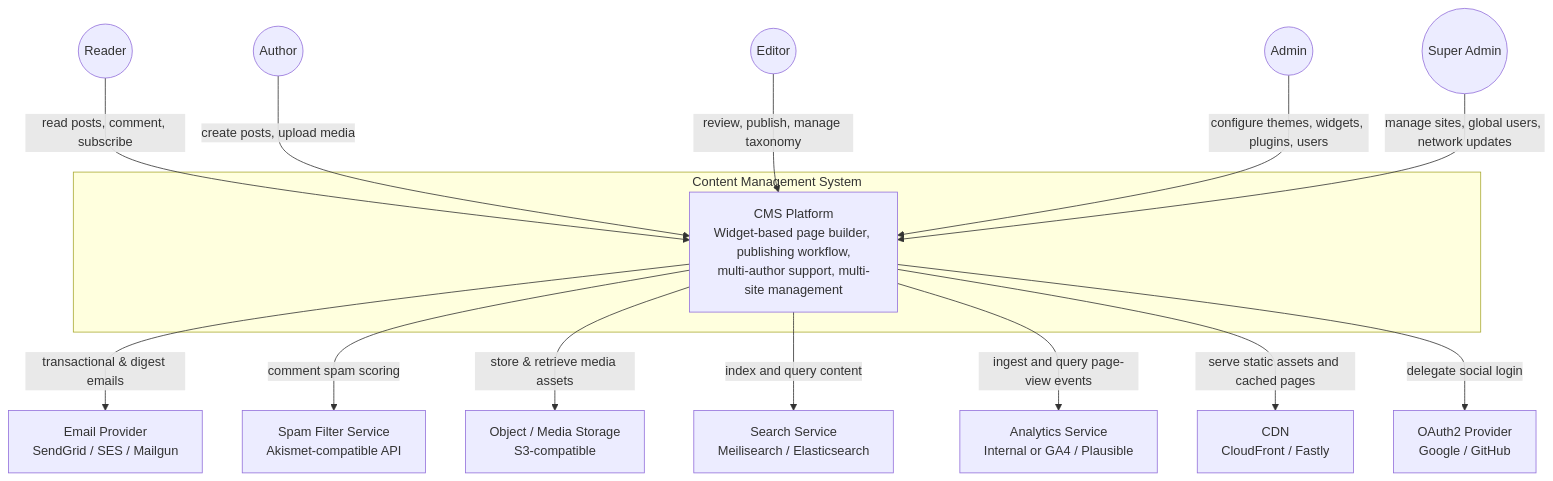
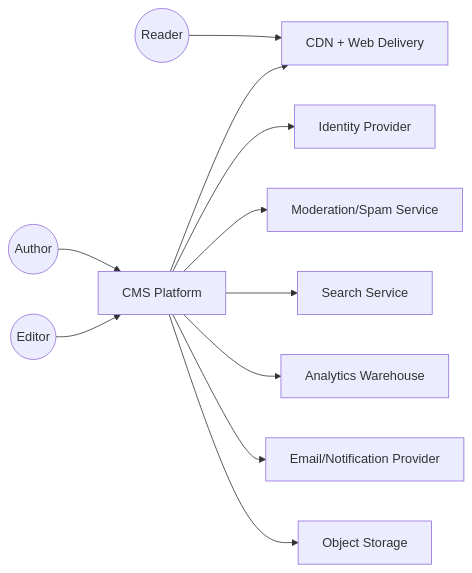
Before and after one commit to 0Ankit0/Project-Ideas: the diagram in Content Management System/analysis/system-context-diagram.md, drawn with Mermaid. The commit also changed other lines of this file and 35 other files, not shown here.

Commit message:
Deepen CMS docs with mermaid diagrams and implementation detail

````diff
--- a/Content Management System/analysis/system-context-diagram.md
+++ b/Content Management System/analysis/system-context-diagram.md
@@ -10,34 +7,13 @@
 ```mermaid
-graph TB
-    Reader((Reader))
-    Author((Author))
-    Editor((Editor))
-    Admin((Admin))
-    SuperAdmin((Super Admin))
-
-    subgraph "Content Management System"
-        CMS[CMS Platform<br>Widget-based page builder, publishing workflow,<br>multi-author support, multi-site management]
-    end
-
-    EmailProvider[Email Provider<br>SendGrid / SES / Mailgun]
-    SpamFilter[Spam Filter Service<br>Akismet-compatible API]
-    MediaStorage[Object / Media Storage<br>S3-compatible]
-    SearchService[Search Service<br>Meilisearch / Elasticsearch]
-    Analytics[Analytics Service<br>Internal or GA4 / Plausible]
-    CDN[CDN<br>CloudFront / Fastly]
-    OAuth[OAuth2 Provider<br>Google / GitHub]
-
-    Reader -->|read posts, comment, subscribe| CMS
-    Author -->|create posts, upload media| CMS
-    Editor -->|review, publish, manage taxonomy| CMS
-    Admin -->|configure themes, widgets, plugins, users| CMS
-    SuperAdmin -->|manage sites, global users, network updates| CMS
-
-    CMS -->|transactional & digest emails| EmailProvider
-    CMS -->|comment spam scoring| SpamFilter
-    CMS -->|store & retrieve media assets| MediaStorage
-    CMS -->|index and query content| SearchService
-    CMS -->|ingest and query page-view events| Analytics
-    CMS -->|serve static assets and cached pages| CDN
-    CMS -->|delegate social login| OAuth
+flowchart LR
+    Author((Author)) --> CMS[CMS Platform]
+    Editor((Editor)) --> CMS
+    Reader((Reader)) --> CDN[CDN + Web Delivery]
+    CMS --> CDN
+    CMS --> IDP[Identity Provider]
+    CMS --> MOD[Moderation/Spam Service]
+    CMS --> SEARCH[Search Service]
+    CMS --> ANALYTICS[Analytics Warehouse]
+    CMS --> MAIL[Email/Notification Provider]
+    CMS --> STORAGE[Object Storage]
 ```
````
